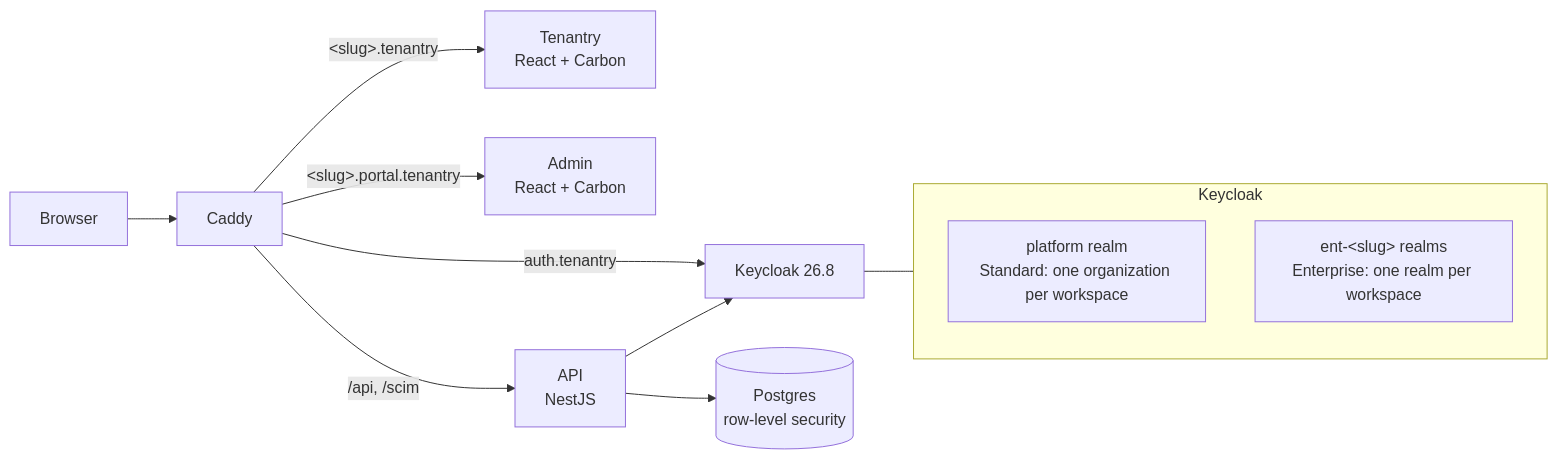
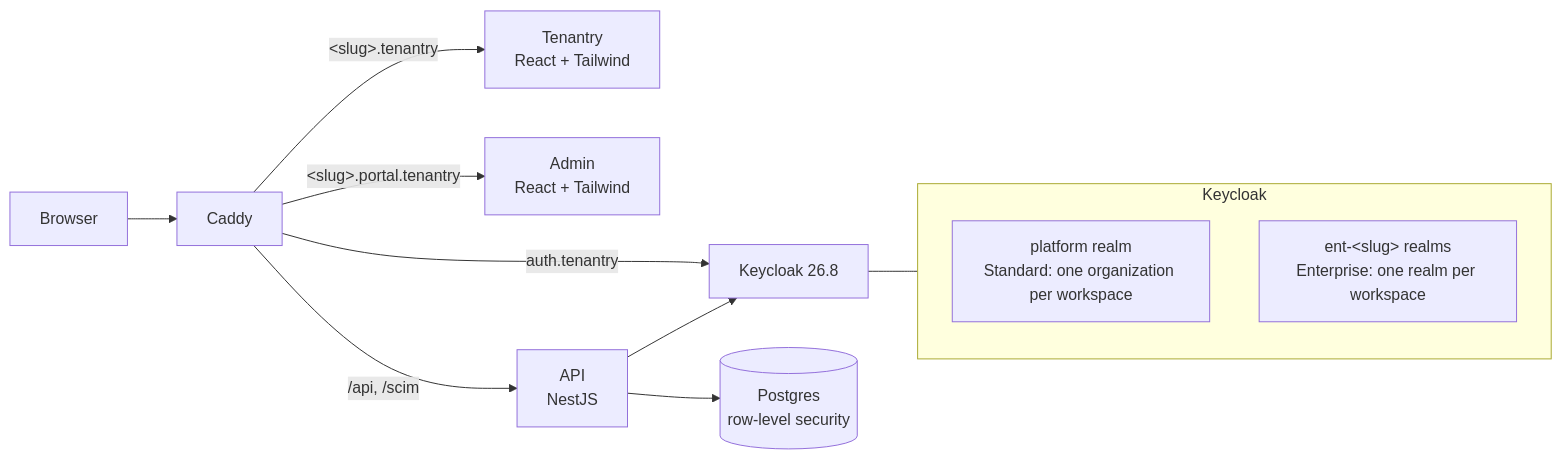
One commit to mfurqanwork/tenantry-keycloak-multitenancy changed the second of 2 diagrams in README.md. Above: the diagram before and after it, drawn with Mermaid. The commit also changed other lines of this file and 30 other files, not shown here.

````diff
--- a/README.md
+++ b/README.md
@@ -124,16 +125,16 @@
 ```mermaid
 flowchart LR
   browser[Browser] --> caddy[Caddy]
-  caddy -->|"&lt;slug&gt;.tenantry"| web[Tenantry<br/>React + Carbon]
-  caddy -->|"&lt;slug&gt;.portal.tenantry"| admin[Admin<br/>React + Carbon]
+  caddy -->|"&lt;slug&gt;.tenantry"| web[Tenantry<br/>React + Tailwind]
+  caddy -->|"&lt;slug&gt;.portal.tenantry"| admin[Admin<br/>React + Tailwind]
   caddy -->|/api, /scim| api[API<br/>NestJS]
   caddy -->|auth.tenantry| kc[Keycloak 26.8]
   api --> pg[(Postgres<br/>row-level security)]
   api --> kc
   subgraph realms[Keycloak]
     direction TB
     platform["platform realm<br/>Standard: one organization per workspace"]
     ent["ent-&lt;slug&gt; realms<br/>Enterprise: one realm per workspace"]
   end
   kc --- realms
 ```
````
